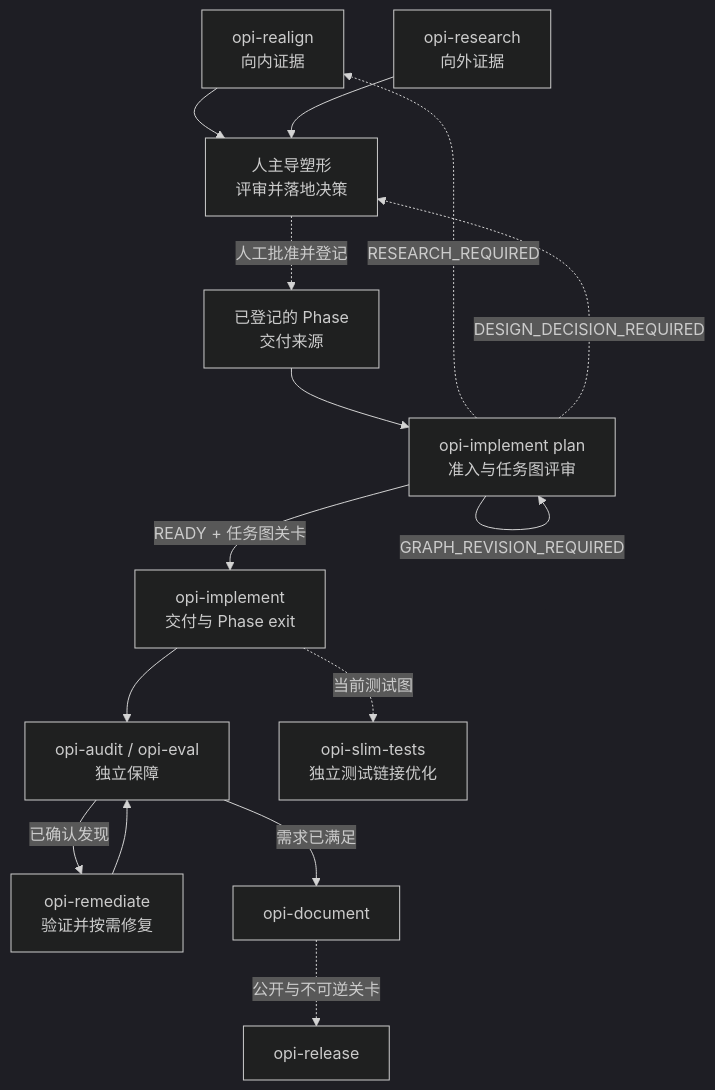
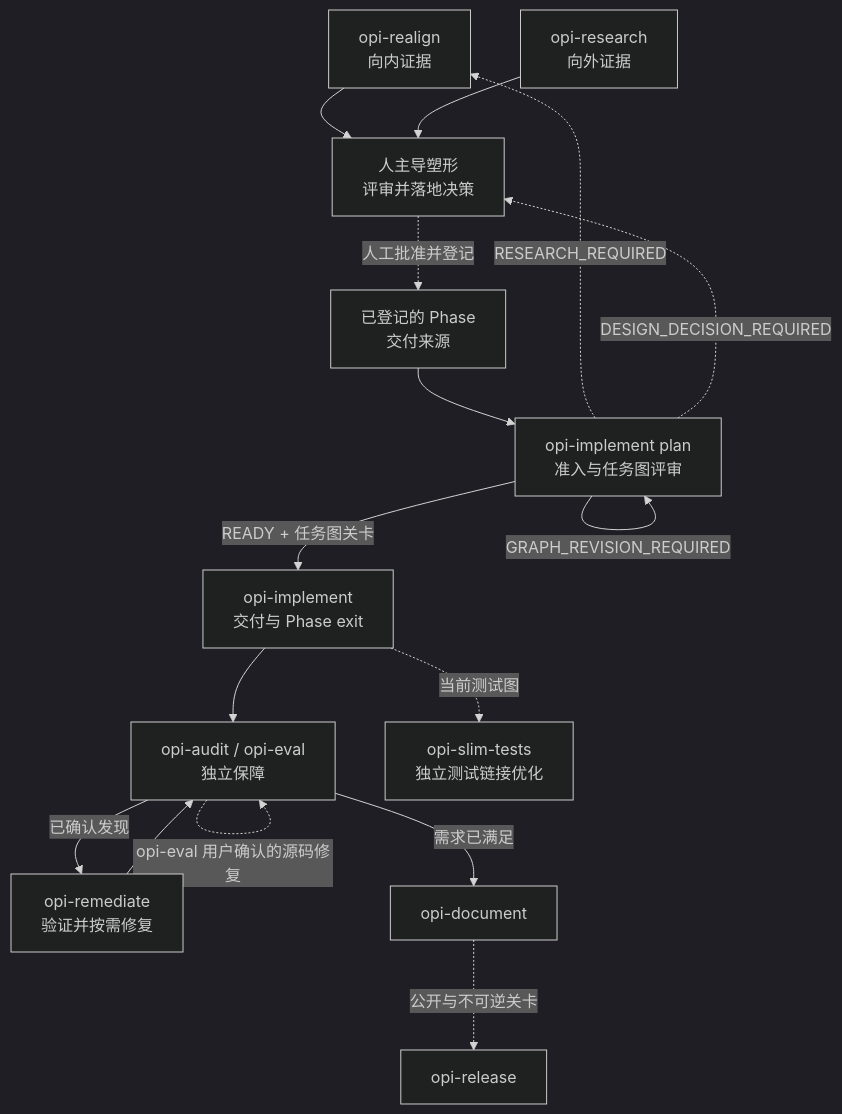
The diagram in .agents/skills/README.zh.md (OdradekAI/opi), drawn with Mermaid (dark theme) before and after one commit. The commit also changed other lines of this file and 72 other files, not shown here.

````diff
--- a/.agents/skills/README.zh.md
+++ b/.agents/skills/README.zh.md
@@ -31,29 +32,30 @@
 ```mermaid
 flowchart TD
     RI[opi-realign<br/>向内证据]
     RO[opi-research<br/>向外证据]
     SH[人主导塑形<br/>评审并落地决策]
     SRC[已登记的 Phase<br/>交付来源]
     PLAN[opi-implement plan<br/>准入与任务图评审]
     EXEC[opi-implement<br/>交付与 Phase exit]
     ASSURE[opi-audit / opi-eval<br/>独立保障]
     FIX[opi-remediate<br/>验证并按需修复]
     DOC[opi-document]
     REL[opi-release]
     SLIM[opi-slim-tests<br/>独立测试链接优化]
 
     RI --> SH
     RO --> SH
     SH -. 人工批准并登记 .-> SRC
     SRC --> PLAN
     PLAN -->|READY + 任务图关卡| EXEC
     PLAN -. RESEARCH_REQUIRED .-> RI
     PLAN -. DESIGN_DECISION_REQUIRED .-> SH
     PLAN -->|GRAPH_REVISION_REQUIRED| PLAN
     EXEC --> ASSURE
+    ASSURE -. opi-eval 用户确认的源码修复 .-> ASSURE
     ASSURE -->|已确认发现| FIX
     FIX --> ASSURE
     ASSURE -->|需求已满足| DOC
     DOC -. 公开与不可逆关卡 .-> REL
     EXEC -. 当前测试图 .-> SLIM
 ```
````
